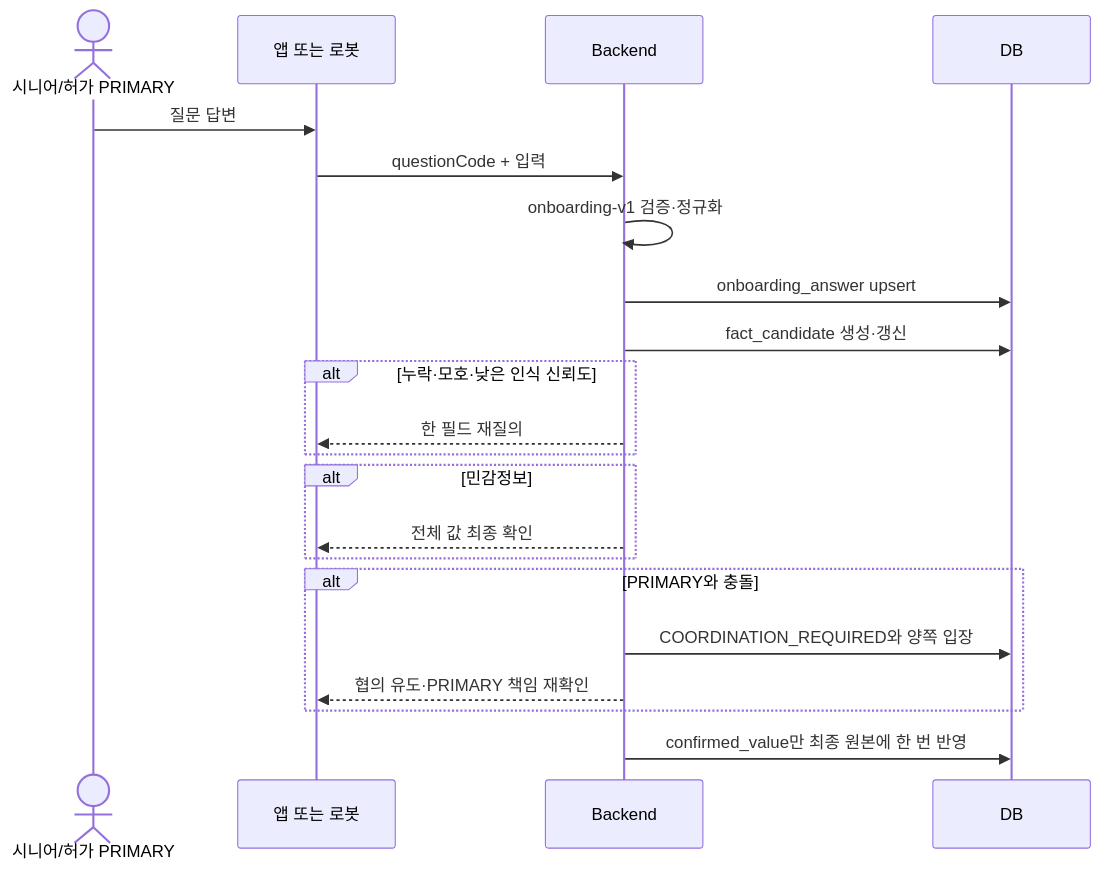
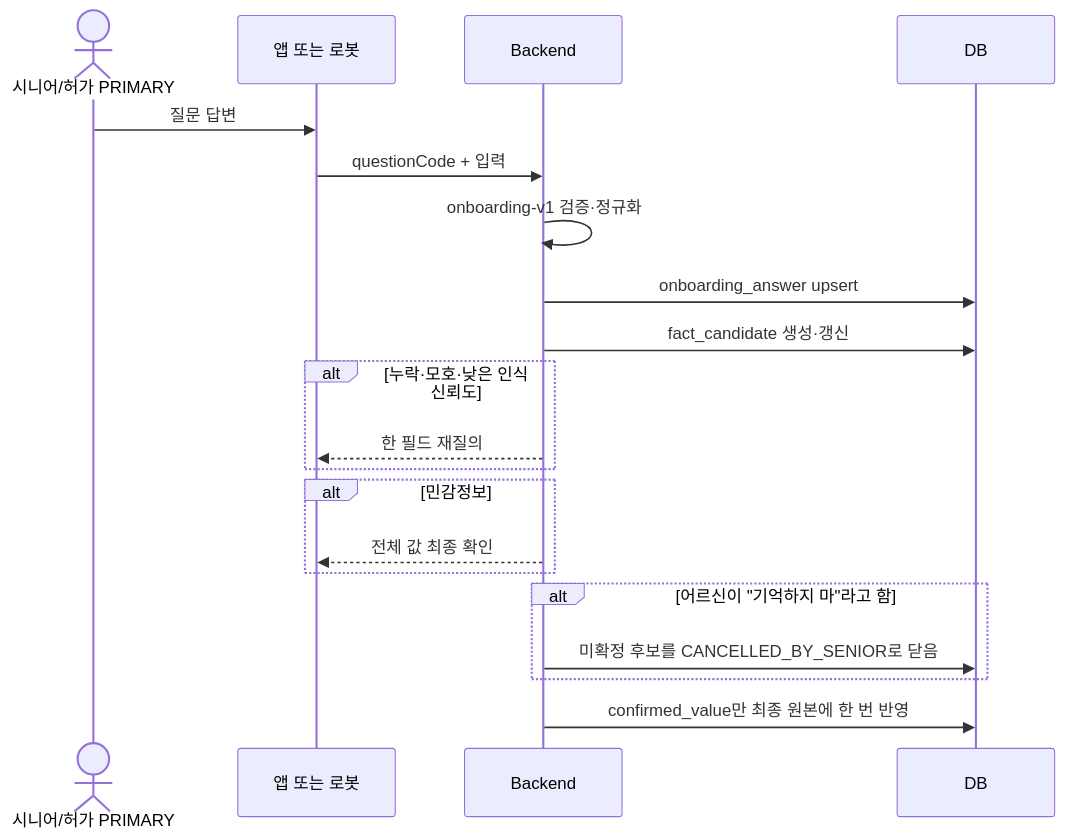
One commit to bomi-aiot/BOMI changed the first of 3 diagrams in docs/database/onboarding-rest-environment-design.md. Above: the diagram before and after it, drawn with Mermaid. The commit also changed other lines of this file and 66 other files, not shown here.

````diff
--- a/docs/database/onboarding-rest-environment-design.md
+++ b/docs/database/onboarding-rest-environment-design.md
@@ -13,23 +68,22 @@
 ```mermaid
 sequenceDiagram
     actor U as 시니어/허가 PRIMARY
     participant C as 앱 또는 로봇
     participant BE as Backend
     participant DB
     U->>C: 질문 답변
     C->>BE: questionCode + 입력
     BE->>BE: onboarding-v1 검증·정규화
     BE->>DB: onboarding_answer upsert
     BE->>DB: fact_candidate 생성·갱신
     alt 누락·모호·낮은 인식 신뢰도
         BE-->>C: 한 필드 재질의
     end
     alt 민감정보
         BE-->>C: 전체 값 최종 확인
     end
-    alt PRIMARY와 충돌
-        BE->>DB: COORDINATION_REQUIRED와 양쪽 입장
-        BE-->>C: 협의 유도·PRIMARY 책임 재확인
+    alt 어르신이 "기억하지 마"라고 함
+        BE->>DB: 미확정 후보를 CANCELLED_BY_SENIOR로 닫음
     end
     BE->>DB: confirmed_value만 최종 원본에 한 번 반영
 ```
````
